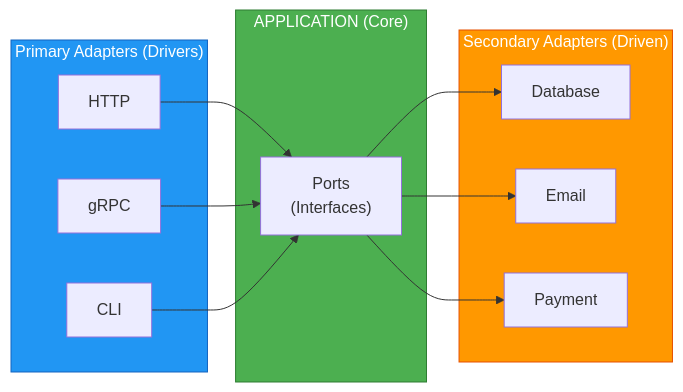
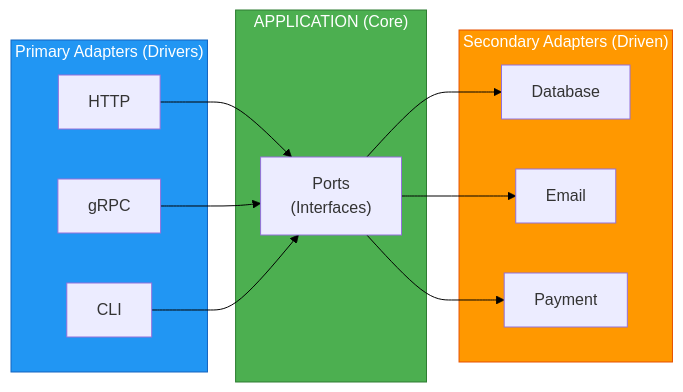
The third of 5 diagrams in meuApp/docs/framework/04-architecture.md (valdirsb/artemis), drawn with Mermaid before and after one commit. The commit also changed other lines of this file, not shown here.

Commit message:
feat: Improve Mermaid diagrams in architecture documentation for clarity and consistency

````diff
--- a/meuApp/docs/framework/04-architecture.md
+++ b/meuApp/docs/framework/04-architecture.md
@@ -169,30 +178,31 @@
 ```mermaid
 graph LR
     subgraph Drivers["Primary Adapters (Drivers)"]
         HTTP["HTTP"]
         GRPC["gRPC"]
         CLI["CLI"]
     end
     
     subgraph Core["APPLICATION (Core)"]
         PORTS["Ports<br/>(Interfaces)"]
     end
     
     subgraph Driven["Secondary Adapters (Driven)"]
         DB["Database"]
         EMAIL["Email"]
         PAY["Payment"]
     end
     
     HTTP --> PORTS
     GRPC --> PORTS
     CLI --> PORTS
     
     PORTS --> DB
     PORTS --> EMAIL
     PORTS --> PAY
     
     style Core fill:#4caf50,stroke:#2e7d32,color:#fff
     style Drivers fill:#2196f3,stroke:#1565c0,color:#fff
     style Driven fill:#ff9800,stroke:#e65100,color:#fff
+    linkStyle 0,1,2,3,4,5 stroke:#000000,fill:none
 ```
````
